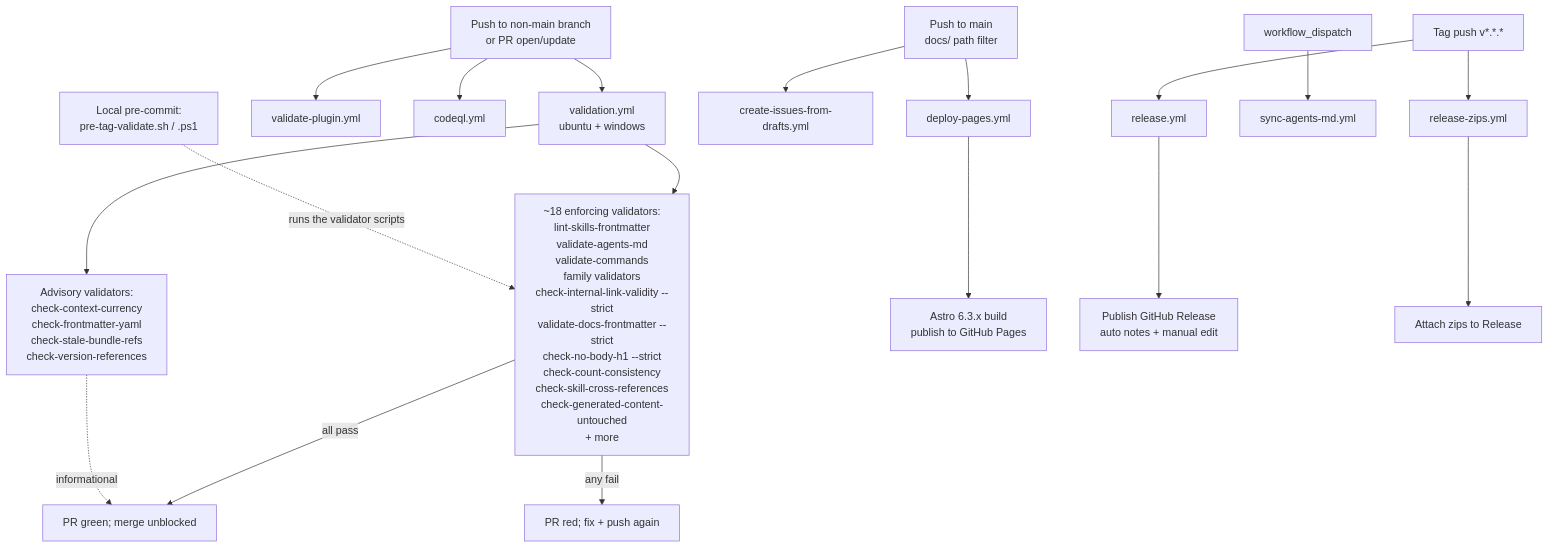
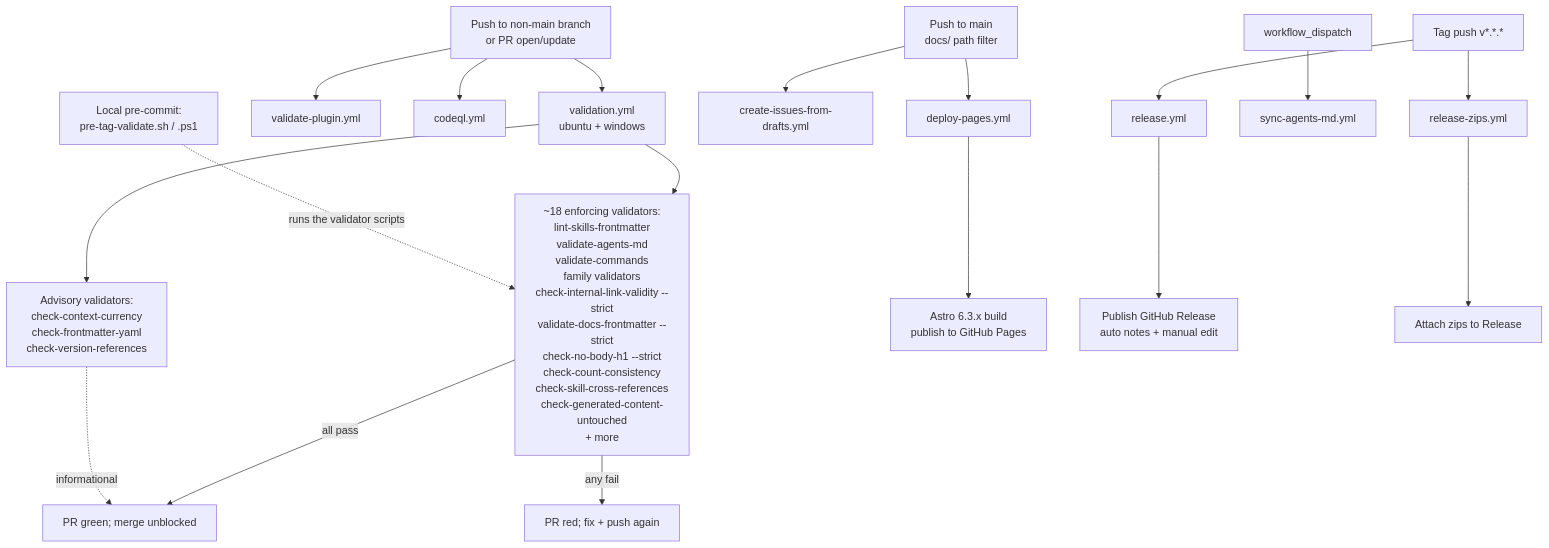
The diagram in docs/contributing/ci-overview.md (product-on-purpose/pm-skills), drawn with Mermaid before and after one commit. The commit also changed other lines of this file and 11 other files, not shown here.

````diff
--- a/docs/contributing/ci-overview.md
+++ b/docs/contributing/ci-overview.md
@@ -23,27 +23,27 @@
 ```mermaid
 flowchart TD
     PushPR[Push to non-main branch<br/>or PR open/update] --> Validation[validation.yml<br/>ubuntu + windows]
     PushPR --> Plugin[validate-plugin.yml]
     PushPR --> CodeQL[codeql.yml]
 
     PushMain[Push to main<br/>docs/ path filter] --> Pages[deploy-pages.yml]
     PushMain --> Drafts[create-issues-from-drafts.yml]
 
     TagPush[Tag push v*.*.*] --> Release[release.yml]
     TagPush --> Zips[release-zips.yml]
 
     Manual[workflow_dispatch] --> SyncAgents[sync-agents-md.yml]
 
     Validation --> Enforcing[~18 enforcing validators:<br/>lint-skills-frontmatter<br/>validate-agents-md<br/>validate-commands<br/>family validators<br/>check-internal-link-validity --strict<br/>validate-docs-frontmatter --strict<br/>check-no-body-h1 --strict<br/>check-count-consistency<br/>check-skill-cross-references<br/>check-generated-content-untouched<br/>+ more]
-    Validation --> Advisory[Advisory validators:<br/>check-context-currency<br/>check-frontmatter-yaml<br/>check-stale-bundle-refs<br/>check-version-references]
+    Validation --> Advisory[Advisory validators:<br/>check-context-currency<br/>check-frontmatter-yaml<br/>check-version-references]
 
     Enforcing -->|all pass| Green[PR green; merge unblocked]
     Enforcing -->|any fail| Red[PR red; fix + push again]
     Advisory -.->|informational| Green
 
     Pages --> Site[Astro 6.3.x build<br/>publish to GitHub Pages]
     Release --> GH[Publish GitHub Release<br/>auto notes + manual edit]
     Zips --> Artifacts[Attach zips to Release]
 
     Local[Local pre-commit:<br/>pre-tag-validate.sh / .ps1] -.->|runs the validator scripts| Enforcing
 ```
````
